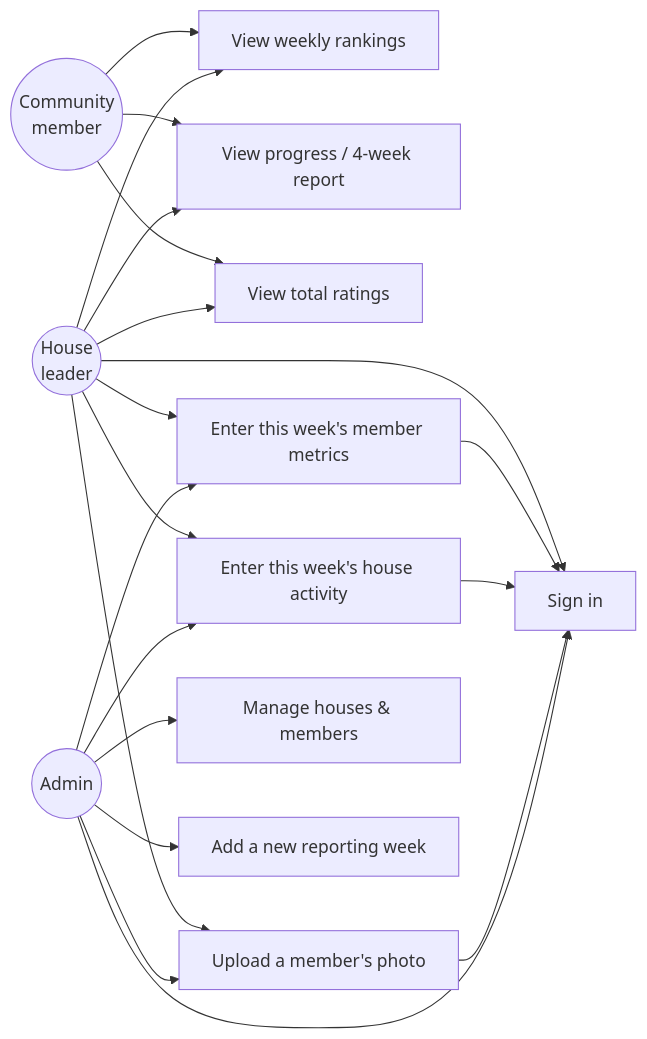
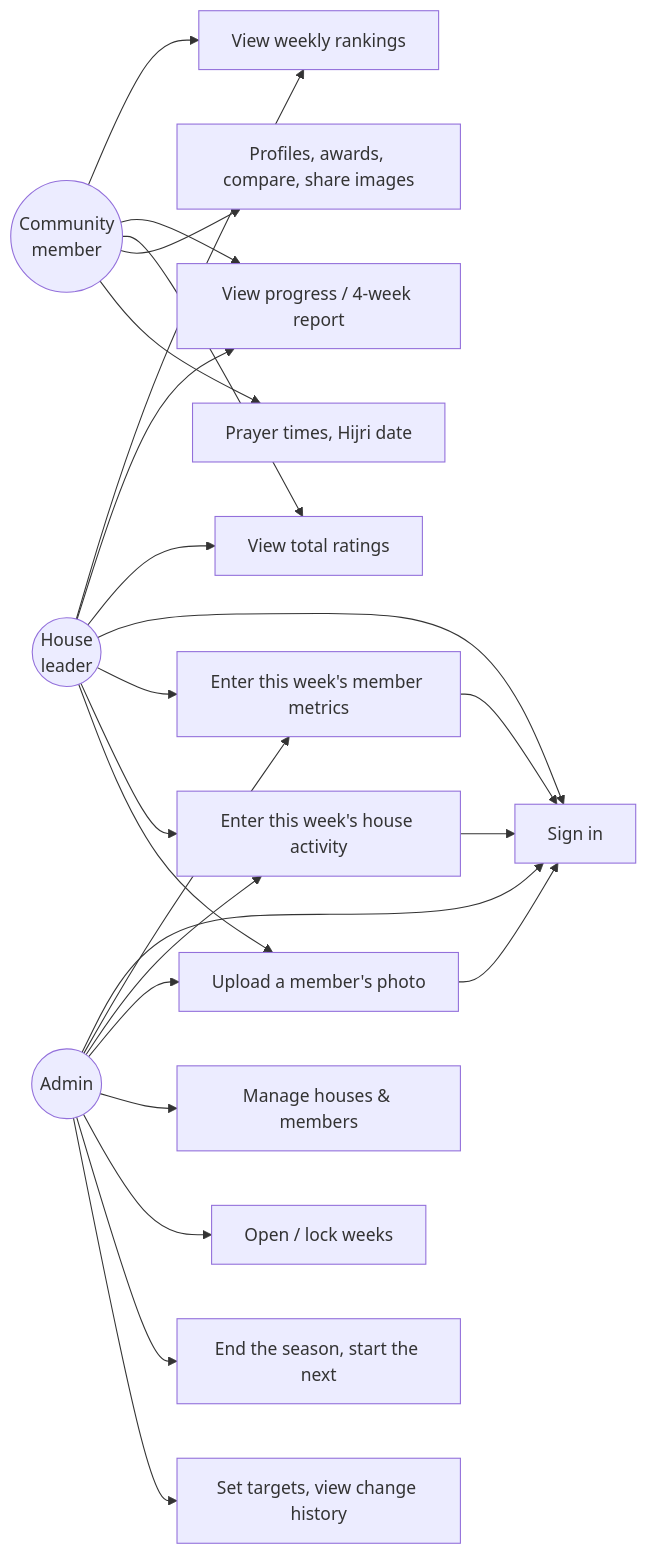
The second of 3 diagrams in README.md (nurmuhammedkanybekov/tdJamaat-v2), drawn with Mermaid before and after one commit. The commit also changed other lines of this file and 5 other files, not shown here.

````diff
--- a/README.md
+++ b/README.md
@@ -133,28 +159,32 @@
 ```mermaid
 flowchart LR
     Visitor((Community\nmember))
     Leader((House\nleader))
     Admin((Admin))
 
     Visitor --> UC1[View weekly rankings]
     Visitor --> UC2[View progress / 4-week report]
     Visitor --> UC3[View total ratings]
+    Visitor --> UC10[Profiles, awards, compare, share images]
+    Visitor --> UC11[Prayer times, Hijri date]
 
     Leader --> UC1
     Leader --> UC2
     Leader --> UC3
     Leader --> UC4[Sign in]
     Leader --> UC5[Enter this week's member metrics]
     Leader --> UC6[Enter this week's house activity]
     Leader --> UC7[Upload a member's photo]
     UC5 --> UC4
     UC6 --> UC4
     UC7 --> UC4
 
     Admin --> UC4
     Admin --> UC5
     Admin --> UC6
     Admin --> UC7
     Admin --> UC8[Manage houses & members]
-    Admin --> UC9[Add a new reporting week]
+    Admin --> UC9[Open / lock weeks]
+    Admin --> UC12[End the season, start the next]
+    Admin --> UC13[Set targets, view change history]
 ```
````
